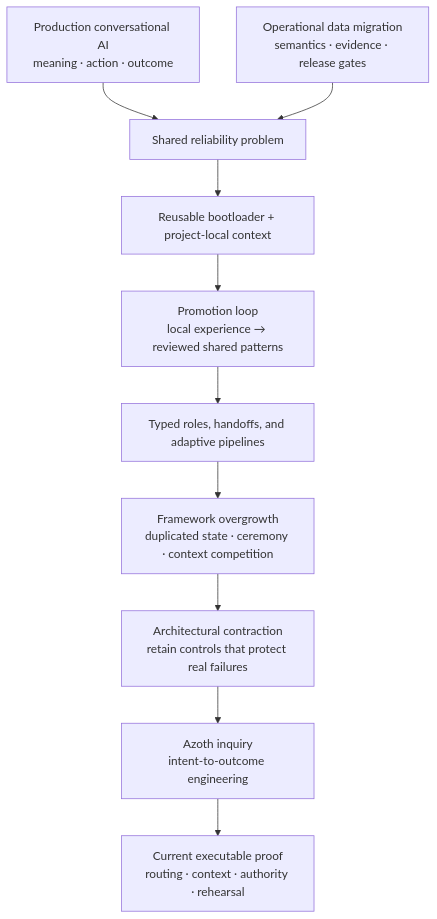
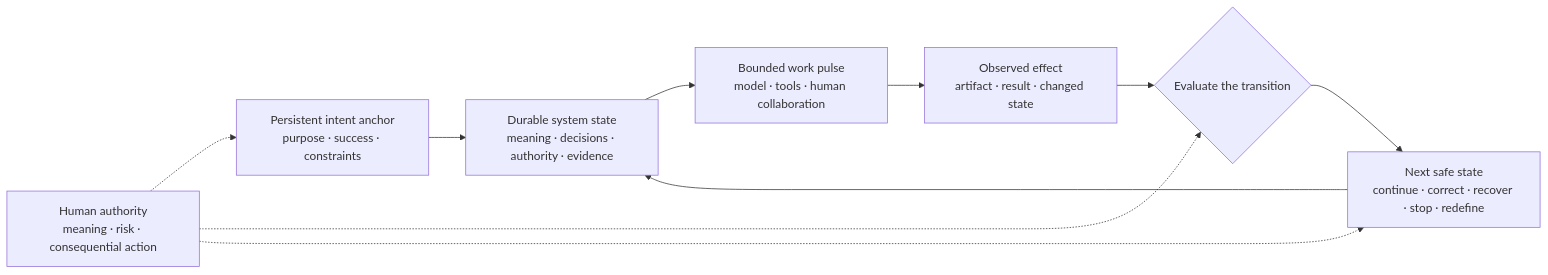
Before and after one commit to yiwei79/root-azoth: the diagram in kernel/templates/README.public.azoth.md, drawn with Mermaid. The commit also changed other lines of this file and 5 other files, not shown here.

Commit message:
docs: braid Azoth evidence and durable-system thesis

````diff
--- a/kernel/templates/README.public.azoth.md
+++ b/kernel/templates/README.public.azoth.md
@@ -83,14 +24,20 @@
 ```mermaid
-flowchart TB
-    A["Production conversational AI<br/>meaning · action · outcome"]
-    B["Operational data migration<br/>semantics · evidence · release gates"]
-    A --> C["Shared reliability problem"]
-    B --> C
-    C --> D["Reusable bootloader + project-local context"]
-    D --> E["Promotion loop<br/>local experience → reviewed shared patterns"]
-    E --> F["Typed roles, handoffs, and adaptive pipelines"]
-    F --> G["Framework overgrowth<br/>duplicated state · ceremony · context competition"]
-    G --> H["Architectural contraction<br/>retain controls that protect real failures"]
-    H --> I["Azoth inquiry<br/>intent-to-outcome engineering"]
-    I --> J["Current executable proof<br/>routing · context · authority · rehearsal"]
+flowchart LR
+    I["Persistent intent anchor<br/>purpose · success · constraints"]
+    S["Durable system state<br/>meaning · decisions · authority · evidence"]
+    P["Bounded work pulse<br/>model · tools · human collaboration"]
+    O["Observed effect<br/>artifact · result · changed state"]
+    E{"Evaluate the transition"}
+    N["Next safe state<br/>continue · correct · recover · stop · redefine"]
+    H["Human authority<br/>meaning · risk · consequential action"]
+
+    I --> S
+    S --> P
+    P --> O
+    O --> E
+    E --> N
+    N --> S
+    H -.-> I
+    H -.-> E
+    H -.-> N
 ```
````
